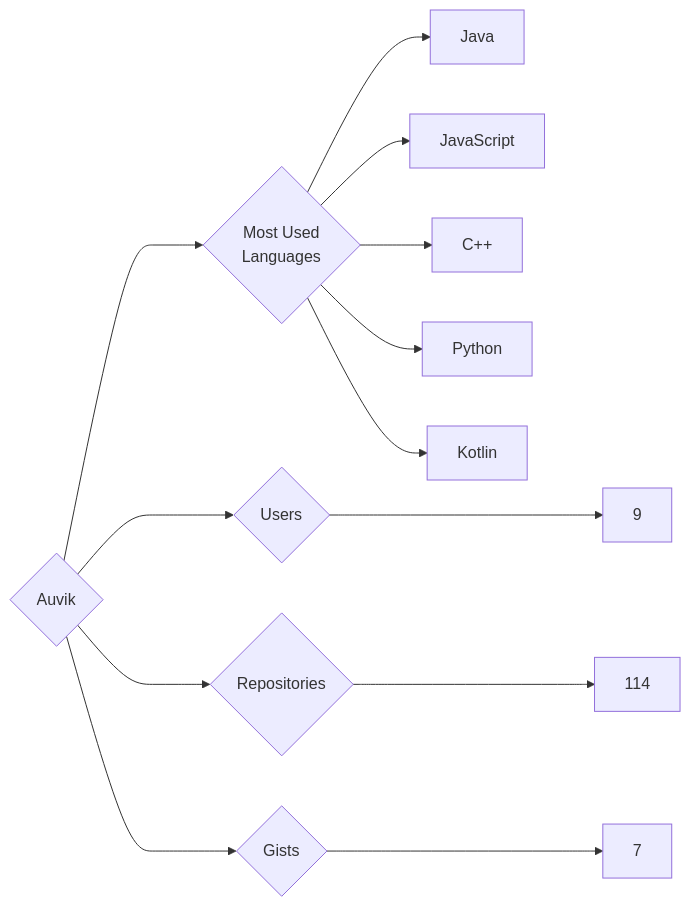
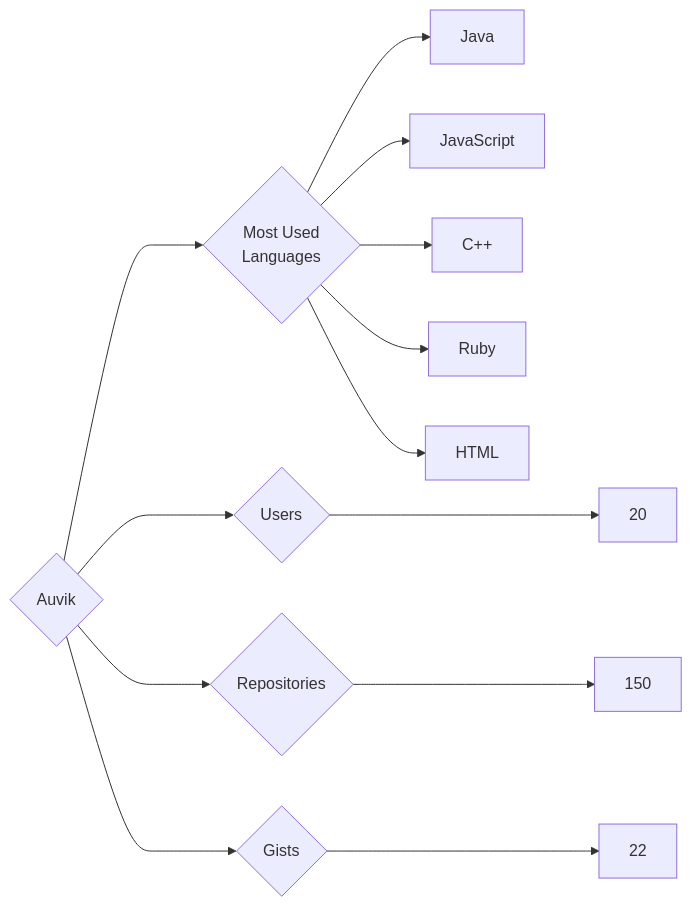
The diagram in targets/Auvik/README.md (trickest/insiders), drawn with Mermaid before and after one commit. The commit also changed 633 other files, not shown here.

````diff
--- a/targets/Auvik/README.md
+++ b/targets/Auvik/README.md
@@ -3,13 +3,13 @@
 ```mermaid
 graph LR
 COMPANY_NAME{Auvik}
-COMPANY_NAME ---> U{Users} ---> UN[9]
-COMPANY_NAME ---> R{Repositories} ---> RN[114]
-COMPANY_NAME ---> G{Gists} ---> GN[7]
+COMPANY_NAME ---> U{Users} ---> UN[20]
+COMPANY_NAME ---> R{Repositories} ---> RN[150]
+COMPANY_NAME ---> G{Gists} ---> GN[22]
 COMPANY_NAME ---> ML{Most Used<br>Languages}
 ML --> Java[Java]
 ML --> JavaScript[JavaScript]
 ML --> C++[C++]
-ML --> Python[Python]
-ML --> Kotlin[Kotlin]
+ML --> Ruby[Ruby]
+ML --> HTML[HTML]
 ```
````
